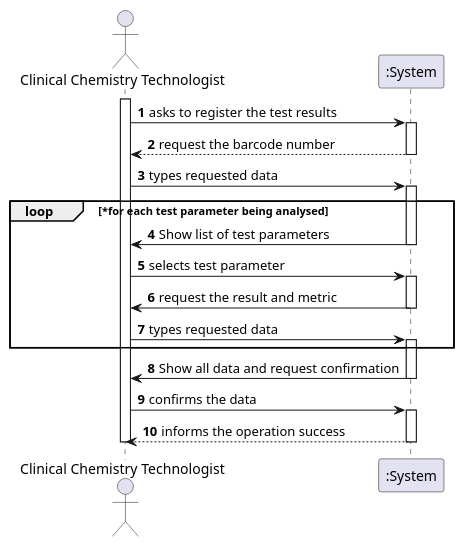
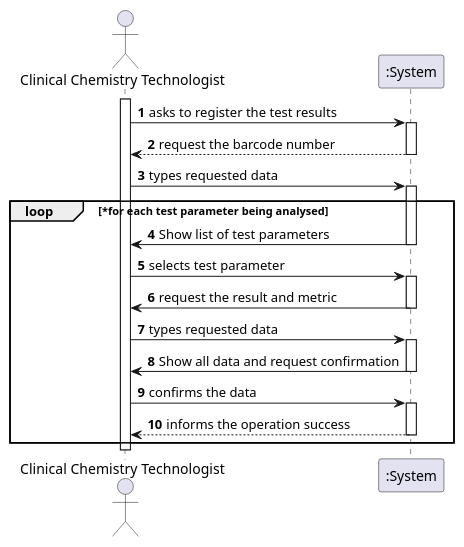
The diagram in docs/SprintC/US12/US12_SSD.puml (manu-07-ela/LAPR2_ISEP), drawn with PlantUML before and after one commit. The commit also changed other lines of this file and 23 other files, not shown here.

```diff
--- a/docs/SprintC/US12/US12_SSD.puml
+++ b/docs/SprintC/US12/US12_SSD.puml
@@ -1,32 +1,32 @@
 @startuml
 autonumber
 actor "Clinical Chemistry Technologist" as CCT
 
 activate CCT
 CCT -> ":System" : asks to register the test results
 activate ":System"
 ":System" --> CCT : request the barcode number
 deactivate ":System"
 CCT -> ":System" : types requested data
 activate ":System"
 loop *for each test parameter being analysed
 ":System" -> CCT : Show list of test parameters
 deactivate ":System"
 CCT -> ":System" : selects test parameter
 activate ":System"
 ":System" -> CCT : request the result and metric
 deactivate ":System"
 CCT -> ":System" : types requested data
 activate ":System"
-end
 ":System" -> CCT : Show all data and request confirmation
 deactivate ":System"
 CCT -> ":System" : confirms the data
 activate ":System"
 ":System" --> CCT : informs the operation success
 deactivate ":System"
+end
 
 
 deactivate CCT
 
 @enduml
```
